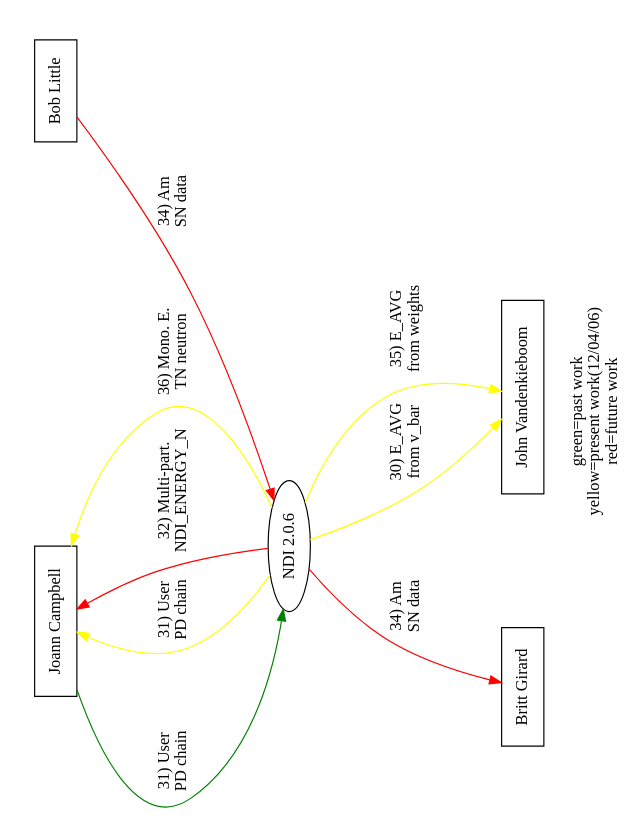
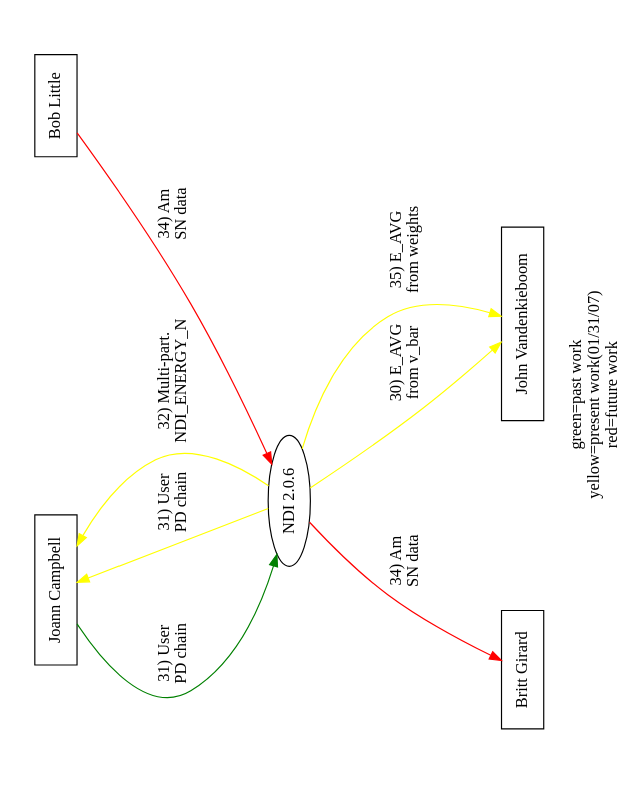
The diagram in doc/reqt/context_2.0.6.dot (lanl/ndi), drawn with Graphviz before and after one commit. The commit also changed 1 other file, not shown here.

```diff
--- a/doc/reqt/context_2.0.6.dot
+++ b/doc/reqt/context_2.0.6.dot
@@ -1,28 +1,27 @@
 digraph ndi {
 	rotate=90;
 	page="8.5, 11";
 	size="9, 6.5";
 	center=1;
 	ratio=fill;	
-	label="green=past work\nyellow=present work(12/04/06)\nred=future work";
+	label="green=past work\nyellow=present work(01/31/07)\nred=future work";
 	node[shape="box"];
 
 	/* stakeholders */
 	jomc[label="Joann Campbell"];
 	rcl[label="Bob Little"];
 	bag[label="Britt Girard"];
 	boom[label="John Vandenkieboom"];
 
 	/* project */
 	ndi[label="NDI 2.0.6", shape="ellipse"];
 	
 	ndi -> boom[label="30) E_AVG\nfrom v_bar", color=yellow];
 	jomc -> ndi[label="31) User\nPD chain", color=green];
 	ndi -> jomc[label="31) User\nPD chain", color=yellow];
-	ndi -> jomc[label="32) Multi-part.\n NDI_ENERGY_N", color=red];
+	ndi -> jomc[label="32) Multi-part.\n NDI_ENERGY_N", color=yellow];
 	ndi -> bag[label="34) Am\nSN data", color=red];
 	rcl -> ndi[label="34) Am\nSN data", color=red];
 	ndi -> boom[label="35) E_AVG\nfrom weights", color=yellow];
-	ndi -> jomc[label="36) Mono. E.\nTN neutron", color=yellow];
 
 }
```
